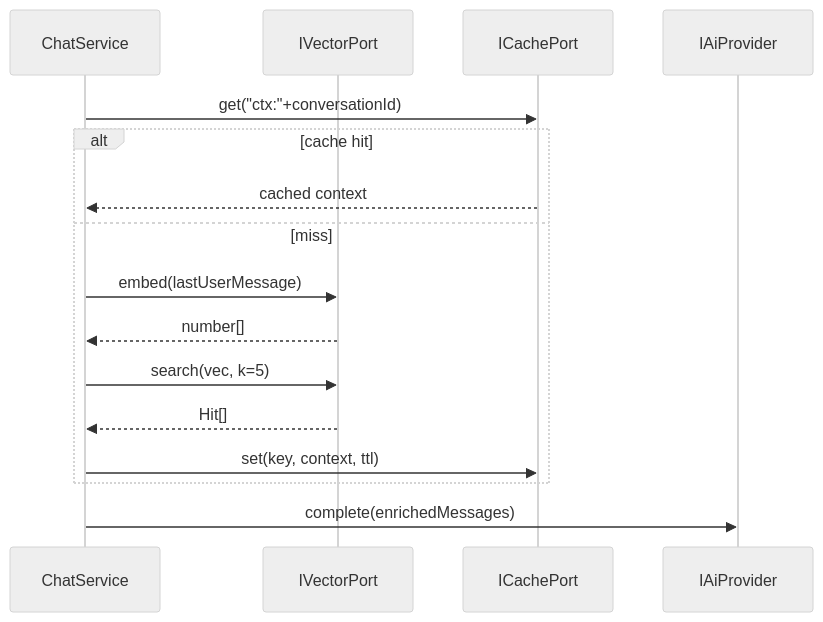
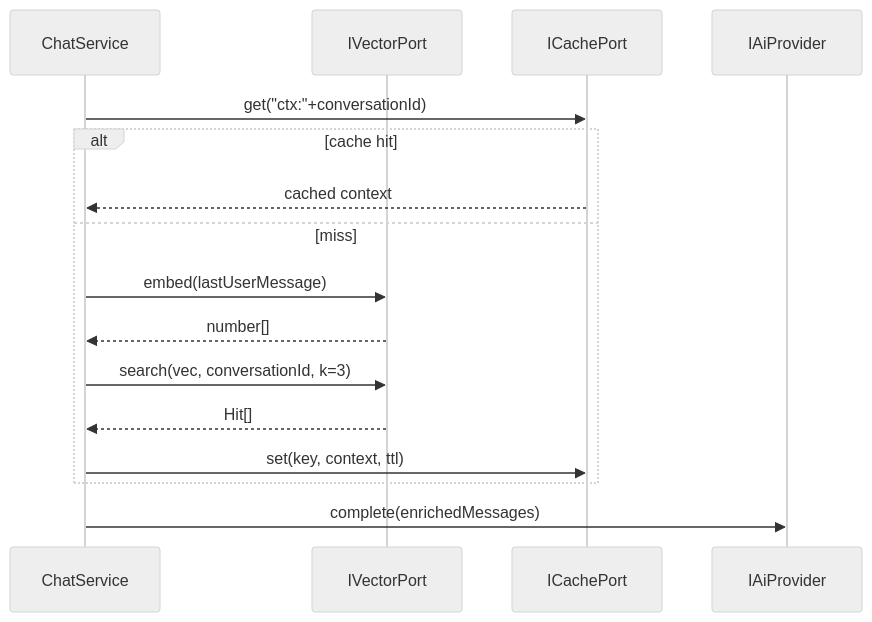
One commit to Glitch-guy0/chaiGPT changed the sixth of 6 diagrams in _bmad-output/planning-artifacts/03-sequence.md. Above: the diagram before and after it, drawn with Mermaid (neutral theme). The commit also changed other lines of this file and 5 other files, not shown here.

````diff
--- a/_bmad-output/planning-artifacts/03-sequence.md
+++ b/_bmad-output/planning-artifacts/03-sequence.md
@@ -85,19 +140,19 @@
 ```mermaid
 sequenceDiagram
     participant S as ChatService
     participant VEC as IVectorPort
     participant CACHE as ICachePort
     participant AI as IAiProvider
 
     S->>CACHE: get("ctx:"+conversationId)
     alt cache hit
         CACHE-->>S: cached context
     else miss
         S->>VEC: embed(lastUserMessage)
         VEC-->>S: number[]
-        S->>VEC: search(vec, k=5)
+        S->>VEC: search(vec, conversationId, k=3)
         VEC-->>S: Hit[]
         S->>CACHE: set(key, context, ttl)
     end
     S->>AI: complete(enrichedMessages)
 ```
````
